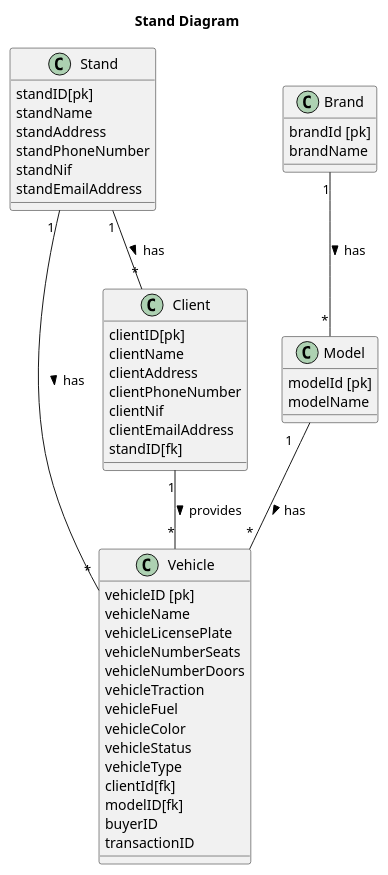
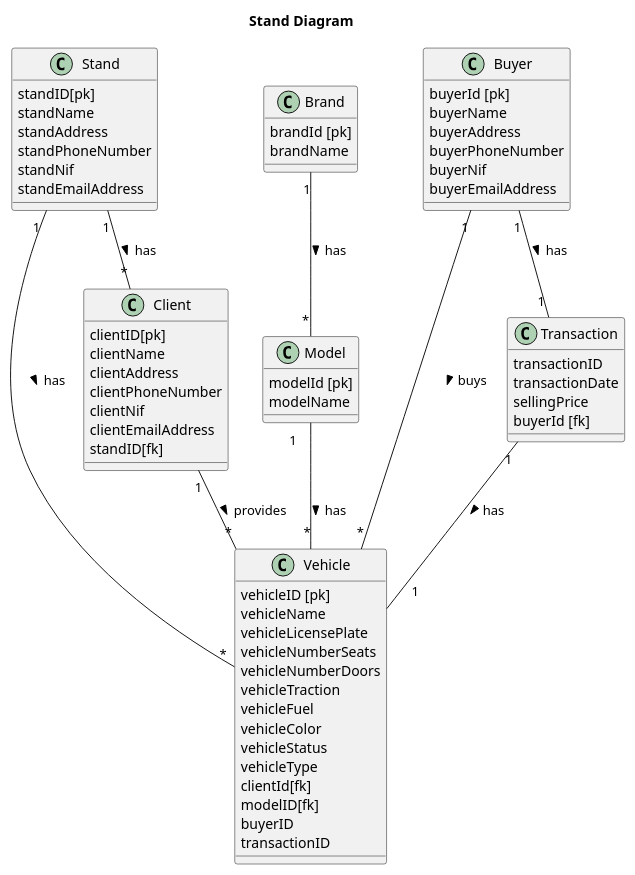
One commit to soniribeir/Stand changed the diagram in stand/stand/doc/global/requirements/DomainModelDiagram.puml. Above: the diagram before and after it, drawn with PlantUML. The commit also changed 36 other files, not shown here.

```diff
--- a/stand/stand/doc/global/requirements/DomainModelDiagram.puml
+++ b/stand/stand/doc/global/requirements/DomainModelDiagram.puml
@@ -1,63 +1,83 @@
 @startuml
 
 'left to right direction
 top to bottom direction
 
 title Stand Diagram
 
 class Vehicle {
 vehicleID [pk]
 vehicleName
 vehicleLicensePlate
 vehicleNumberSeats
 vehicleNumberDoors
 vehicleTraction
 vehicleFuel
 vehicleColor
 vehicleStatus
 vehicleType
 clientId[fk]
 modelID[fk]
 buyerID
 transactionID
 }
 
 class Client {
 clientID[pk]
 clientName
 clientAddress
 clientPhoneNumber
 clientNif
 clientEmailAddress
 standID[fk]
 }
 
 class Stand {
 standID[pk]
 standName
 standAddress
 standPhoneNumber
 standNif
 standEmailAddress
 }
 
 class Brand {
 brandId [pk]
 brandName
 }
 
 
 class Model {
 modelId [pk]
 modelName
 }
 
+class Buyer  {
+buyerId [pk]
+buyerName
+buyerAddress
+buyerPhoneNumber
+buyerNif
+buyerEmailAddress
+}
+
+class Transaction   {
+transactionID
+transactionDate
+sellingPrice
+buyerId [fk]
+}
+
 
 
 Stand "1 " --down "       *"Vehicle : has >
 Client "1" --down "         *"Vehicle : provides >
 Stand "1" --down "*"Client : has >
 Model "1    " --down "*"Vehicle : has >
 Brand "1" --down "       *"Model : has >
+Buyer "1" --down "       *"Vehicle : buys >
+Buyer "1" --down "       1"Transaction : has >
+Transaction "1" --down "     1"Vehicle : has >
+
 
 @enduml
```
